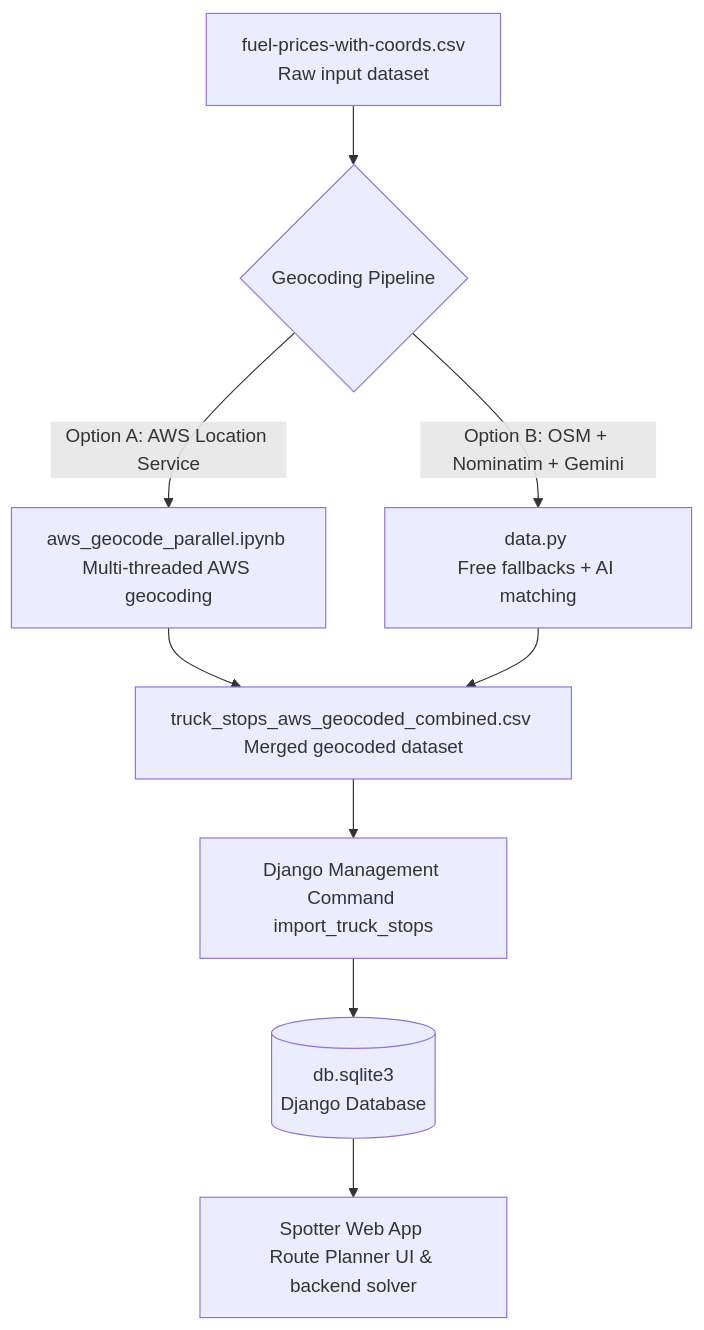
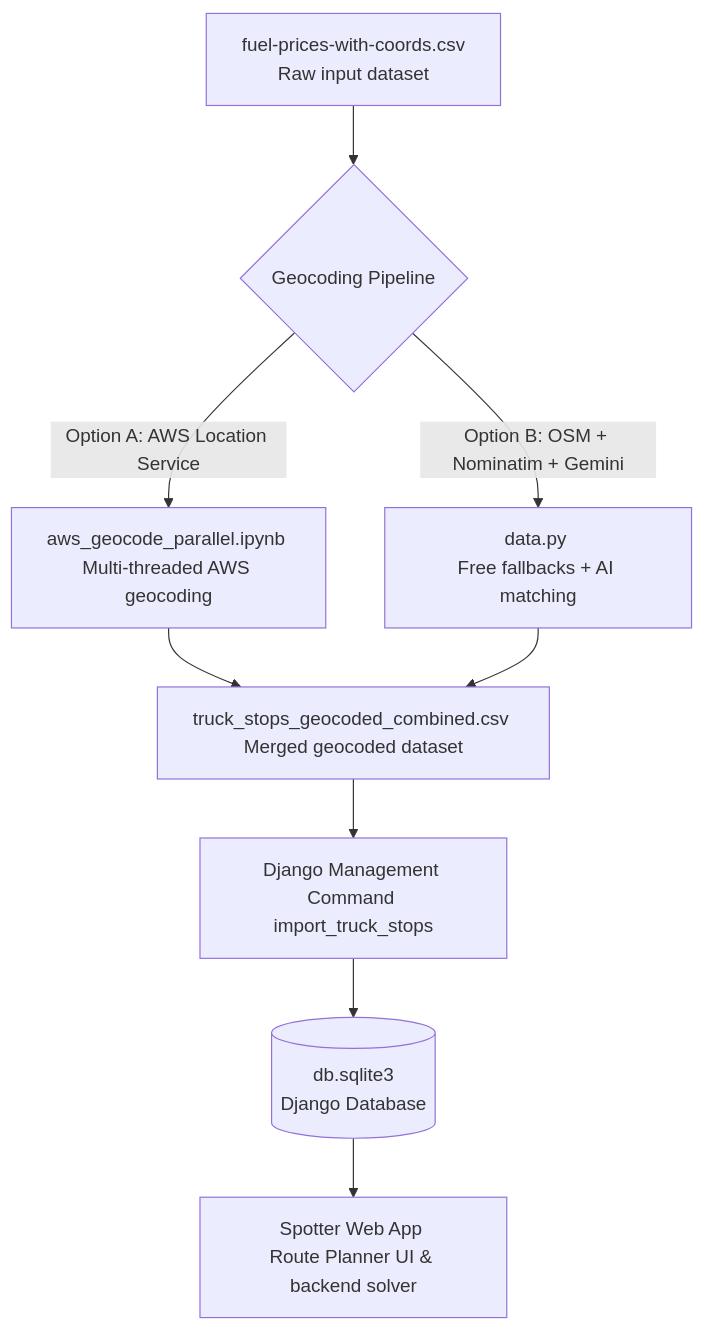
One commit to AliHamzaSafdar/maps changed the diagram in README.md. Above: the diagram before and after it, drawn with Mermaid. The commit also changed other lines of this file, not shown here.

````diff
--- a/README.md
+++ b/README.md
@@ -14,11 +14,11 @@
 ```mermaid
 graph TD
     A[fuel-prices-with-coords.csv <br/>Raw input dataset] --> B{Geocoding Pipeline}
     B -->|Option A: AWS Location Service| C[aws_geocode_parallel.ipynb <br/>Multi-threaded AWS geocoding]
     B -->|Option B: OSM + Nominatim + Gemini| D[data.py <br/>Free fallbacks + AI matching]
-    C --> E[truck_stops_aws_geocoded_combined.csv <br/>Merged geocoded dataset]
+    C --> E[truck_stops_geocoded_combined.csv <br/>Merged geocoded dataset]
     D --> E
     E --> F[Django Management Command <br/>import_truck_stops]
     F --> G[(db.sqlite3 <br/>Django Database)]
     G --> H[Spotter Web App <br/>Route Planner UI & backend solver]
 ```
````
